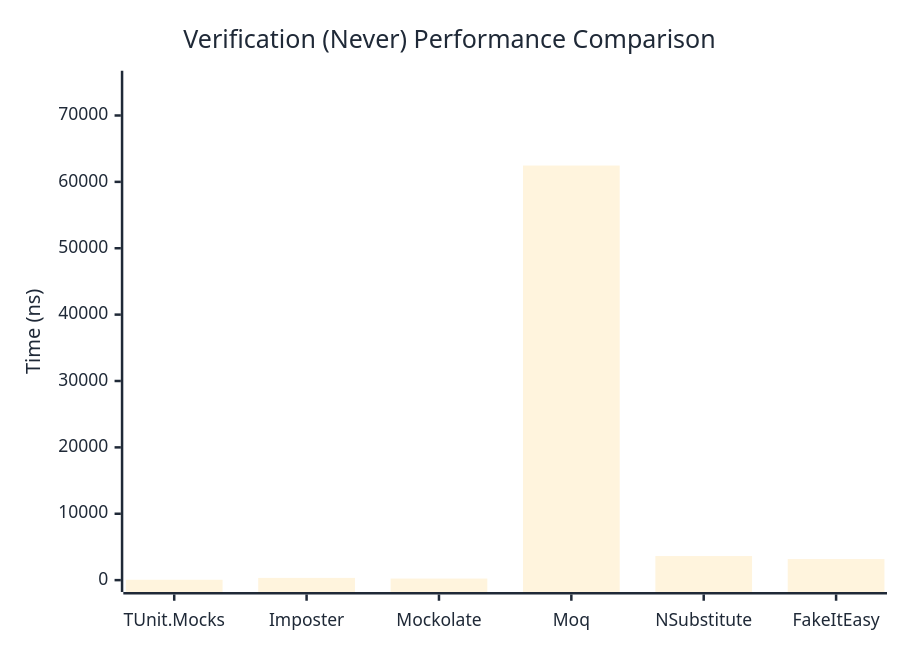
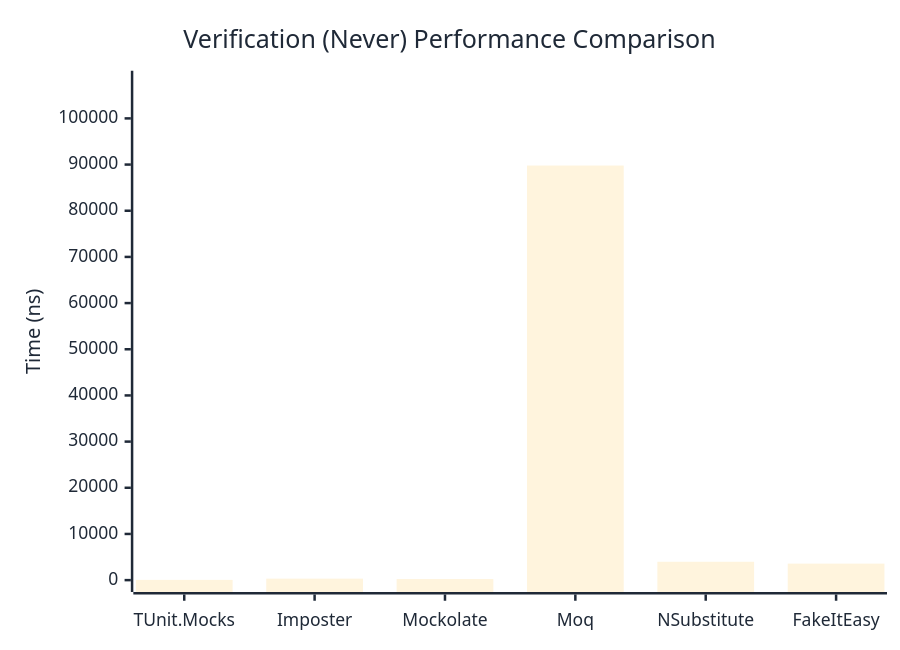
The second of 3 diagrams in docs/docs/benchmarks/mocks/Verification.md (thomhurst/TUnit), drawn with Mermaid before and after one commit. The commit also changed other lines of this file and 14 other files, not shown here.

````diff
--- a/docs/docs/benchmarks/mocks/Verification.md
+++ b/docs/docs/benchmarks/mocks/Verification.md
@@ -71,27 +71,27 @@
 ```mermaid
 %%{init: {
   'theme':'base',
   'themeVariables': {
     'primaryColor': '#2563eb',
     'primaryTextColor': '#1f2937',
     'primaryBorderColor': '#1e40af',
     'lineColor': '#6b7280',
     'secondaryColor': '#7c3aed',
     'tertiaryColor': '#dc2626',
     'background': '#ffffff',
     'pie1': '#2563eb',
     'pie2': '#7c3aed',
     'pie3': '#dc2626',
     'pie4': '#f59e0b',
     'pie5': '#10b981',
     'pie6': '#06b6d4',
     'pie7': '#ec4899',
     'pie8': '#6366f1'
   }
 }}%%
 xychart-beta
   title "Verification (Never) Performance Comparison"
   x-axis ["TUnit.Mocks", "Imposter", "Mockolate", "Moq", "NSubstitute", "FakeItEasy"]
-  y-axis "Time (ns)" 0 --> 74951
-  bar [54.28, 334.19, 236.34, 62458.93, 3629.23, 3172.58]
+  y-axis "Time (ns)" 0 --> 107747
+  bar [52.06, 323.03, 234.68, 89788.84, 3975, 3575.98]
 ```
````
